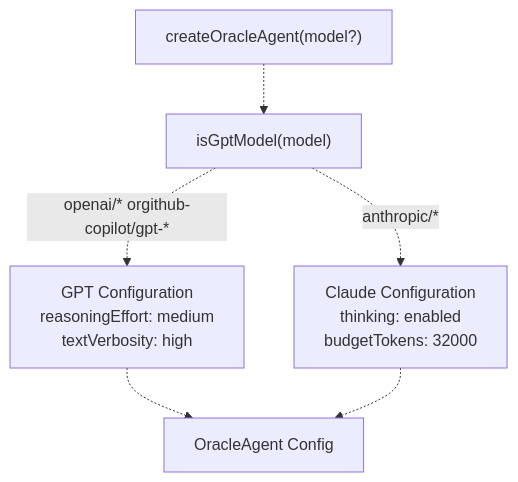
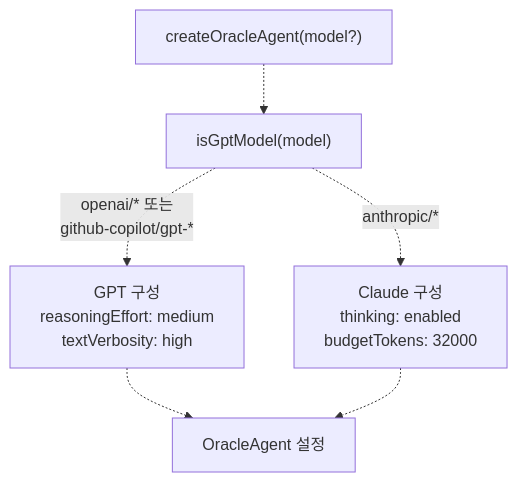
Before and after one commit to felipetruman/oh-my-opencode-docs: the second of 11 diagrams in docs/agents/oracle-agent.md, drawn with Mermaid. The commit also changed other lines of this file and 76 other files, not shown here.

````diff
--- a/docs/agents/oracle-agent.md
+++ b/docs/agents/oracle-agent.md
@@ -119,15 +119,15 @@
 ```mermaid
 flowchart TD
 
 Factory["createOracleAgent(model?)"]
 ModelCheck["isGptModel(model)"]
-GptConfig["GPT Configuration<br>reasoningEffort: medium<br>textVerbosity: high"]
-ClaudeConfig["Claude Configuration<br>thinking: enabled<br>budgetTokens: 32000"]
-OracleAgent["OracleAgent Config"]
+GptConfig["GPT 구성<br>reasoningEffort: medium<br>textVerbosity: high"]
+ClaudeConfig["Claude 구성<br>thinking: enabled<br>budgetTokens: 32000"]
+OracleAgent["OracleAgent 설정"]
 
 Factory -.-> ModelCheck
-ModelCheck -.->|"openai/* orgithub-copilot/gpt-*"| GptConfig
+ModelCheck -.->|"openai/* 또는<br>github-copilot/gpt-*"| GptConfig
 ModelCheck -.->|"anthropic/*"| ClaudeConfig
 GptConfig -.-> OracleAgent
 ClaudeConfig -.-> OracleAgent
 ```
````
